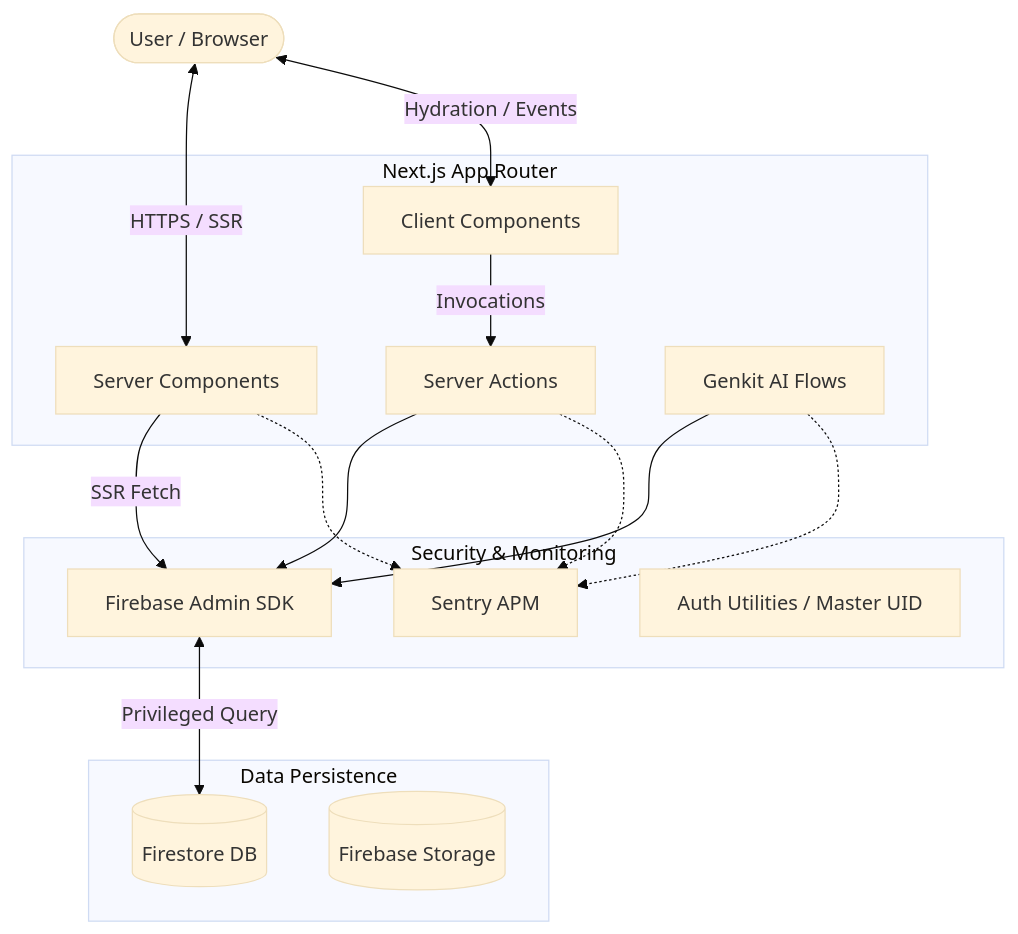
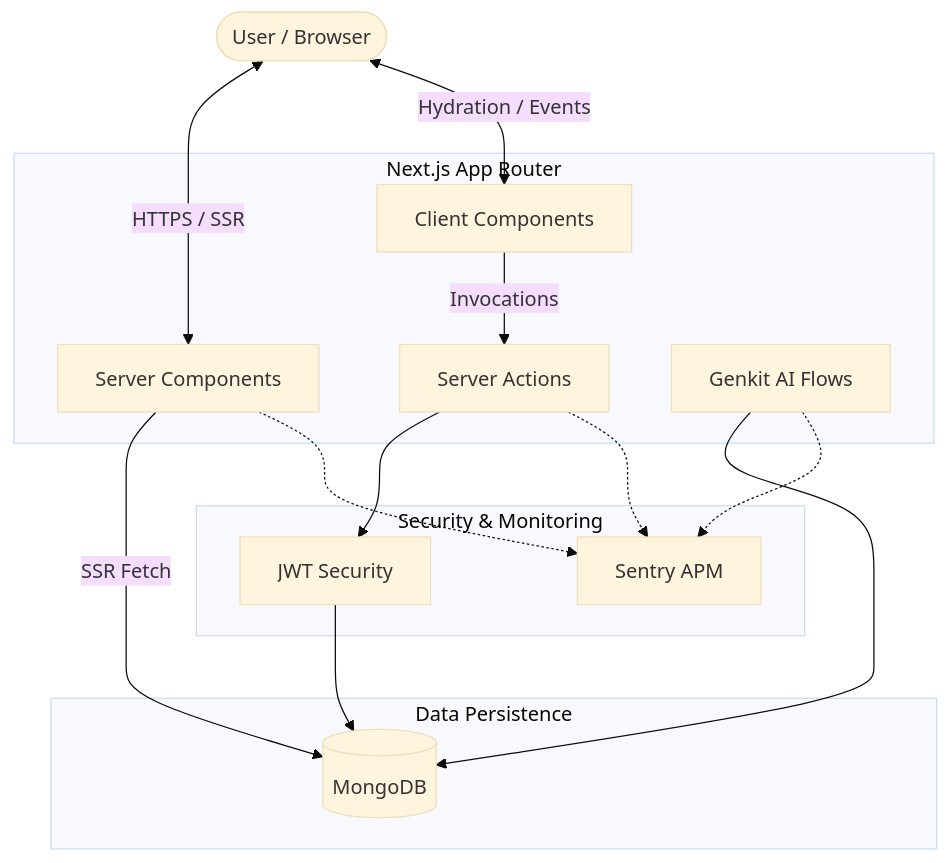
Before and after one commit to mohammadkhizer/Mohammedkhizer-Portfolio: the diagram in docs/architecture.md, drawn with Mermaid (base theme). The commit also changed other lines of this file and 26 other files, not shown here.

````diff
--- a/docs/architecture.md
+++ b/docs/architecture.md
@@ -7,35 +7,33 @@
 ```mermaid
 graph TD
     User([User / Browser])
     
     subgraph Next.js_App_Router [Next.js App Router]
         ServerComp[Server Components]
         ClientComp[Client Components]
         ServerActions[Server Actions]
         GenkitFlows[Genkit AI Flows]
     end
     
     subgraph Security_Layer [Security & Monitoring]
         Sentry[Sentry APM]
-        AdminSDK[Firebase Admin SDK]
-        AuthUtils[Auth Utilities / Master UID]
+        AuthUtils[JWT Security]
     end
     
     subgraph Data_Persistence [Data Persistence]
-        Firestore[(Firestore DB)]
-        Storage[(Firebase Storage)]
+        MongoDB[(MongoDB)]
     end
     
     User <-->|HTTPS / SSR| ServerComp
     User <-->|Hydration / Events| ClientComp
     ClientComp -->|Invocations| ServerActions
-    ServerActions --> AdminSDK
-    GenkitFlows --> AdminSDK
-    AdminSDK <-->|Privileged Query| Firestore
-    ServerComp -->|SSR Fetch| AdminSDK
+    ServerActions --> AuthUtils
+    AuthUtils --> MongoDB
+    GenkitFlows --> MongoDB
+    ServerComp -->|SSR Fetch| MongoDB
     
     %% Monitoring
     ServerComp -.-> Sentry
     ServerActions -.-> Sentry
     GenkitFlows -.-> Sentry
 ```
````
